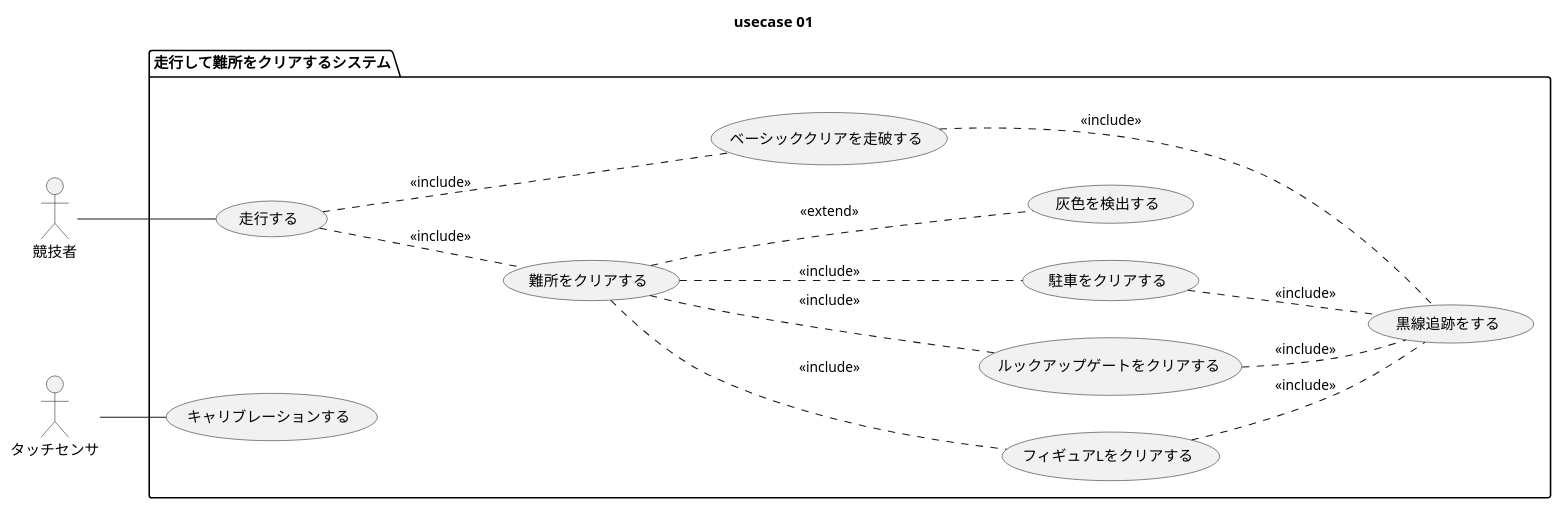
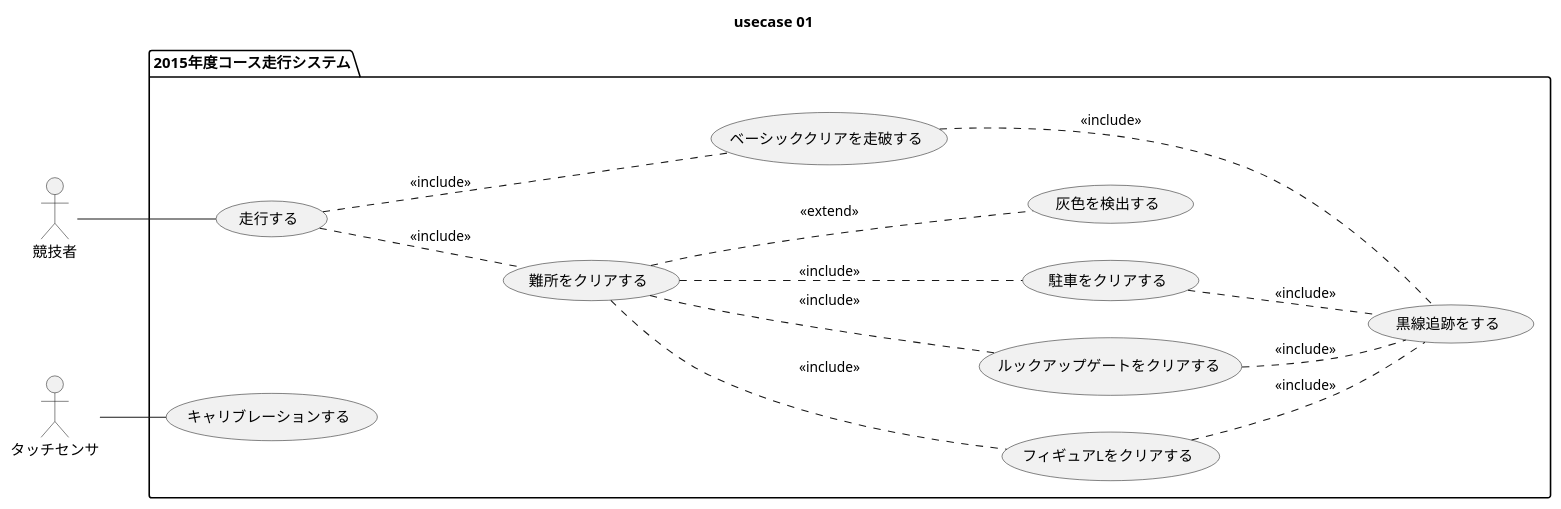
One commit to SLP-KBIT/ETR2015 changed the diagram in diagram/usecase/01/usecase.pu. Above: the diagram before and after it, drawn with PlantUML. The commit also changed 1 other file, not shown here.

```diff
--- a/diagram/usecase/01/usecase.pu
+++ b/diagram/usecase/01/usecase.pu
@@ -1,36 +1,36 @@
 @startuml
 
 title usecase 01
 
 actor 競技者 as user
 actor タッチセンサ as robo
 
 left to right direction
 
-package "走行して難所をクリアするシステム" {
+package "2015年度コース走行システム" {
 
     usecase 走行する as run
     usecase 難所をクリアする as obs
     usecase キャリブレーションする as calib
     usecase ベーシッククリアを走破する as basic
     usecase フィギュアLをクリアする as figy
     usecase ルックアップゲートをクリアする as gate
     usecase 駐車をクリアする as park
     usecase 黒線追跡をする as trace
     usecase 灰色を検出する as glay
 }
 
 user -- run
 robo -- calib
 run  .. obs   : <<include>>
 run  .. basic : <<include>>
 obs  .. figy  : <<include>>
 obs  .. gate  : <<include>>
 obs  .. park  : <<include>>
 basic .. trace: <<include>>
 park .. trace : <<include>>
 gate .. trace : <<include>>
 figy .. trace : <<include>>
 obs .. glay   : <<extend>>
 
 @enduml
```
